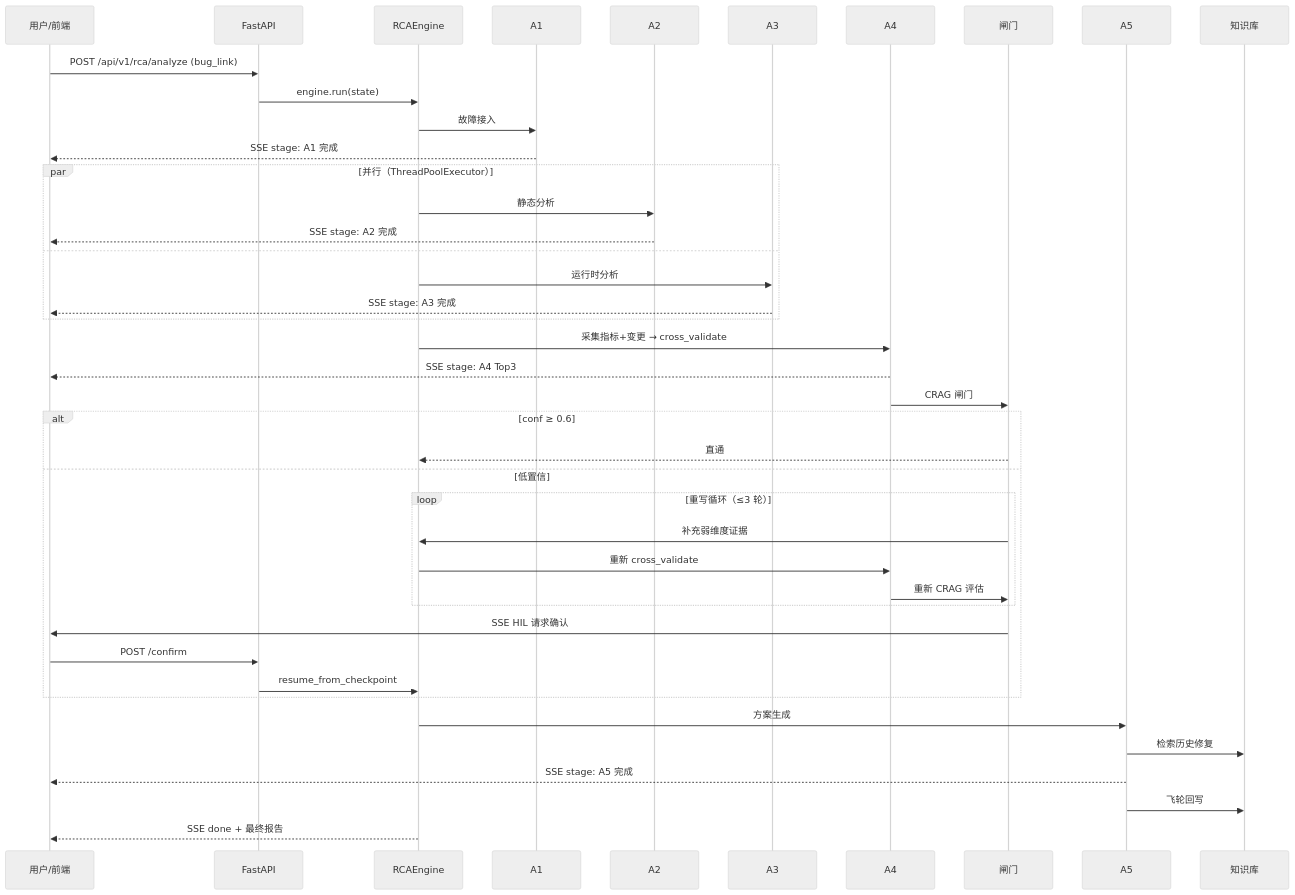
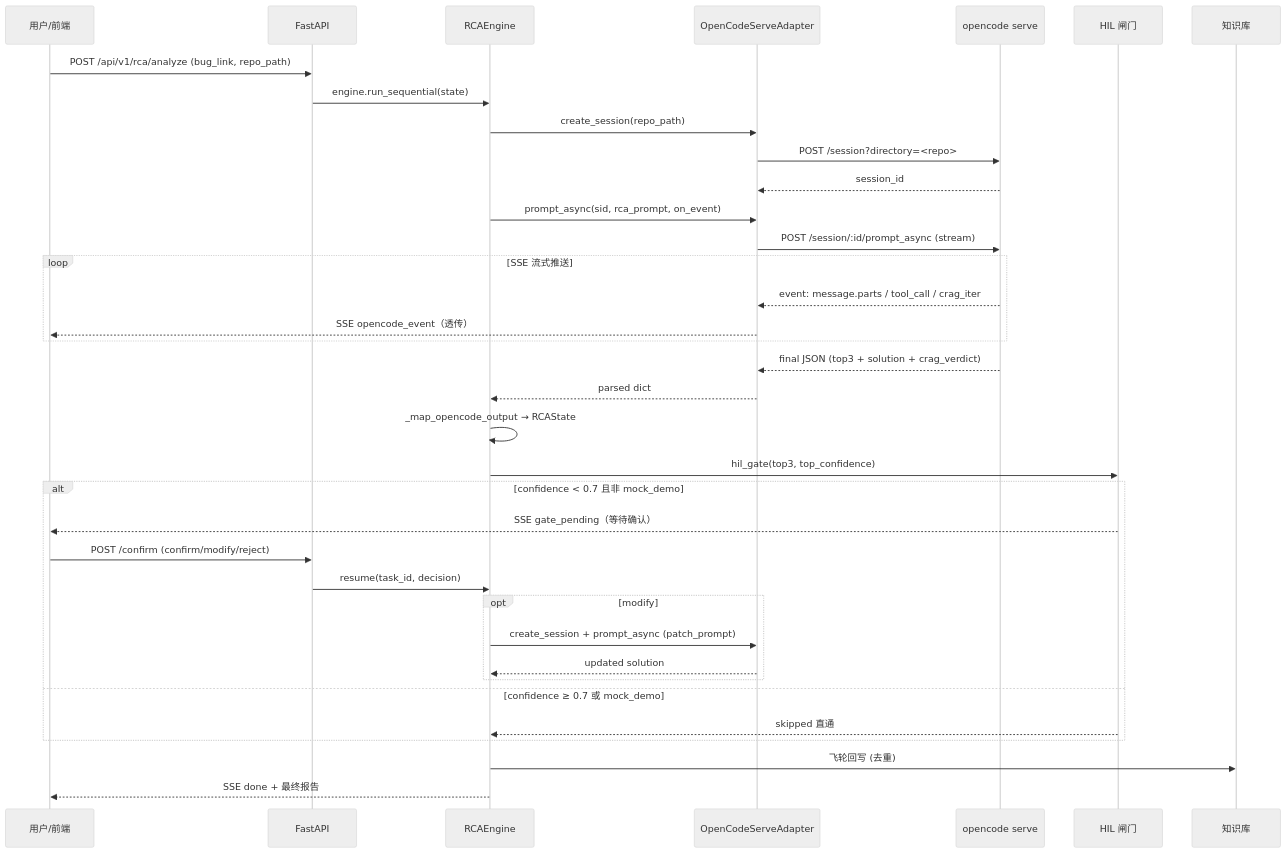
Before and after one commit to bigDataZWH/AutoBugFix: the fifth of 6 diagrams in ARCHITECTURE.md, drawn with Mermaid (neutral theme). The commit also changed other lines of this file and 1 other file, not shown here.

````diff
--- a/ARCHITECTURE.md
+++ b/ARCHITECTURE.md
@@ -260,45 +283,39 @@
 ```mermaid
 sequenceDiagram
     participant U as 用户/前端
     participant API as FastAPI
     participant E as RCAEngine
-    participant A1 as A1
-    participant A2 as A2
-    participant A3 as A3
-    participant A4 as A4
-    participant G as 闸门
-    participant A5 as A5
+    participant A as OpenCodeServeAdapter
+    participant S as opencode serve
+    participant H as HIL 闸门
     participant KB as 知识库
 
-    U->>API: POST /api/v1/rca/analyze (bug_link)
-    API->>E: engine.run(state)
-    E->>A1: 故障接入
-    A1-->>U: SSE stage: A1 完成
-    par 并行（ThreadPoolExecutor）
-        E->>A2: 静态分析
-        A2-->>U: SSE stage: A2 完成
-    and
-        E->>A3: 运行时分析
-        A3-->>U: SSE stage: A3 完成
+    U->>API: POST /api/v1/rca/analyze (bug_link, repo_path)
+    API->>E: engine.run_sequential(state)
+    E->>A: create_session(repo_path)
+    A->>S: POST /session?directory=<repo>
+    S-->>A: session_id
+    E->>A: prompt_async(sid, rca_prompt, on_event)
+    A->>S: POST /session/:id/prompt_async (stream)
+    loop SSE 流式推送
+        S-->>A: event: message.parts / tool_call / crag_iter
+        A-->>U: SSE opencode_event（透传）
     end
-    E->>A4: 采集指标+变更 → cross_validate
-    A4-->>U: SSE stage: A4 Top3
-    A4->>G: CRAG 闸门
-    alt conf ≥ 0.6
-        G-->>E: 直通
-    else 低置信
-        loop 重写循环（≤3 轮）
-            G->>E: 补充弱维度证据
-            E->>A4: 重新 cross_validate
-            A4->>G: 重新 CRAG 评估
+    S-->>A: final JSON (top3 + solution + crag_verdict)
+    A-->>E: parsed dict
+    E->>E: _map_opencode_output → RCAState
+    E->>H: hil_gate(top3, top_confidence)
+    alt confidence < 0.7 且非 mock_demo
+        H-->>U: SSE gate_pending（等待确认）
+        U->>API: POST /confirm (confirm/modify/reject)
+        API->>E: resume(task_id, decision)
+        opt modify
+            E->>A: create_session + prompt_async (patch_prompt)
+            A-->>E: updated solution
         end
-        G->>U: SSE HIL 请求确认
-        U->>API: POST /confirm
-        API->>E: resume_from_checkpoint
+    else confidence ≥ 0.7 或 mock_demo
+        H-->>E: skipped 直通
     end
-    E->>A5: 方案生成
-    A5->>KB: 检索历史修复
-    A5-->>U: SSE stage: A5 完成
-    A5->>KB: 飞轮回写
+    E->>KB: 飞轮回写 (去重)
     E-->>U: SSE done + 最终报告
 ```
````
